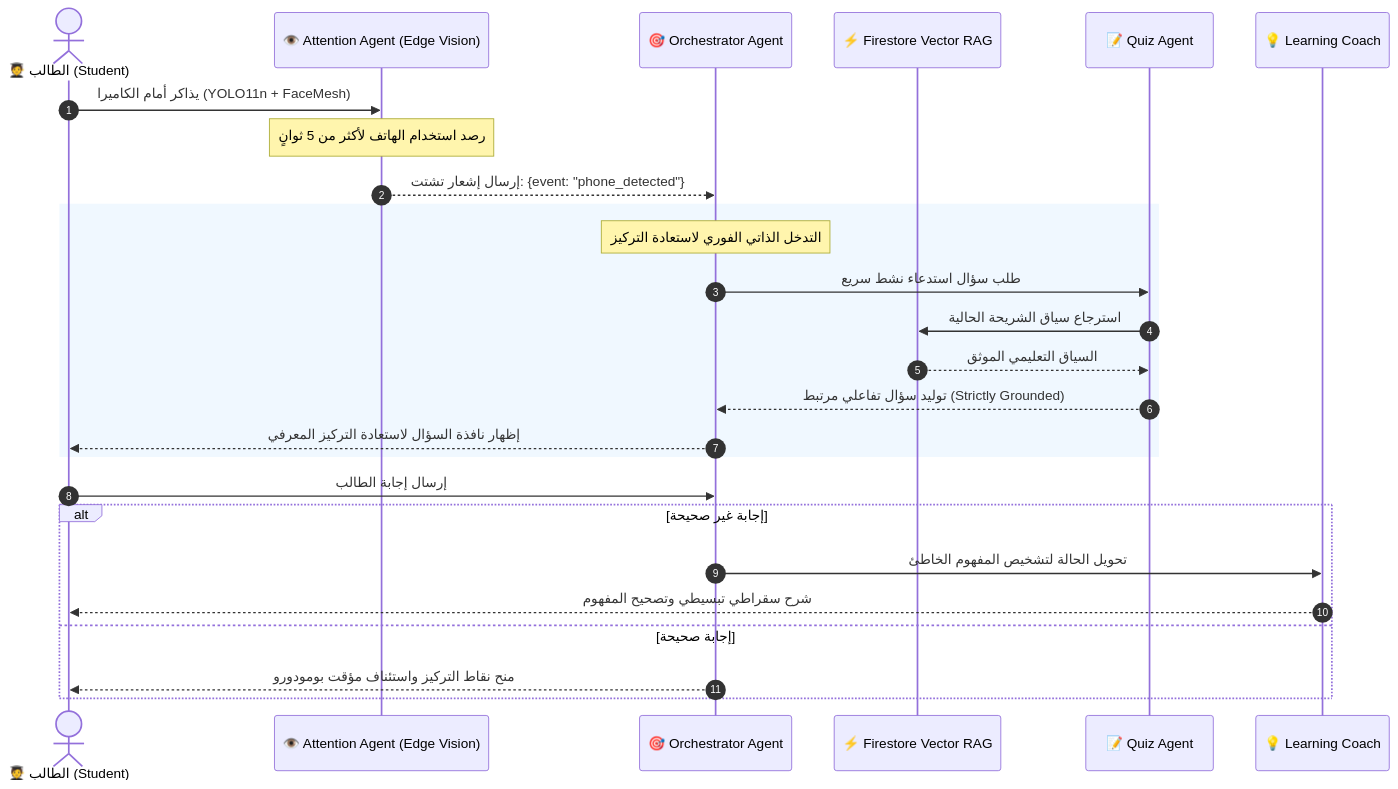
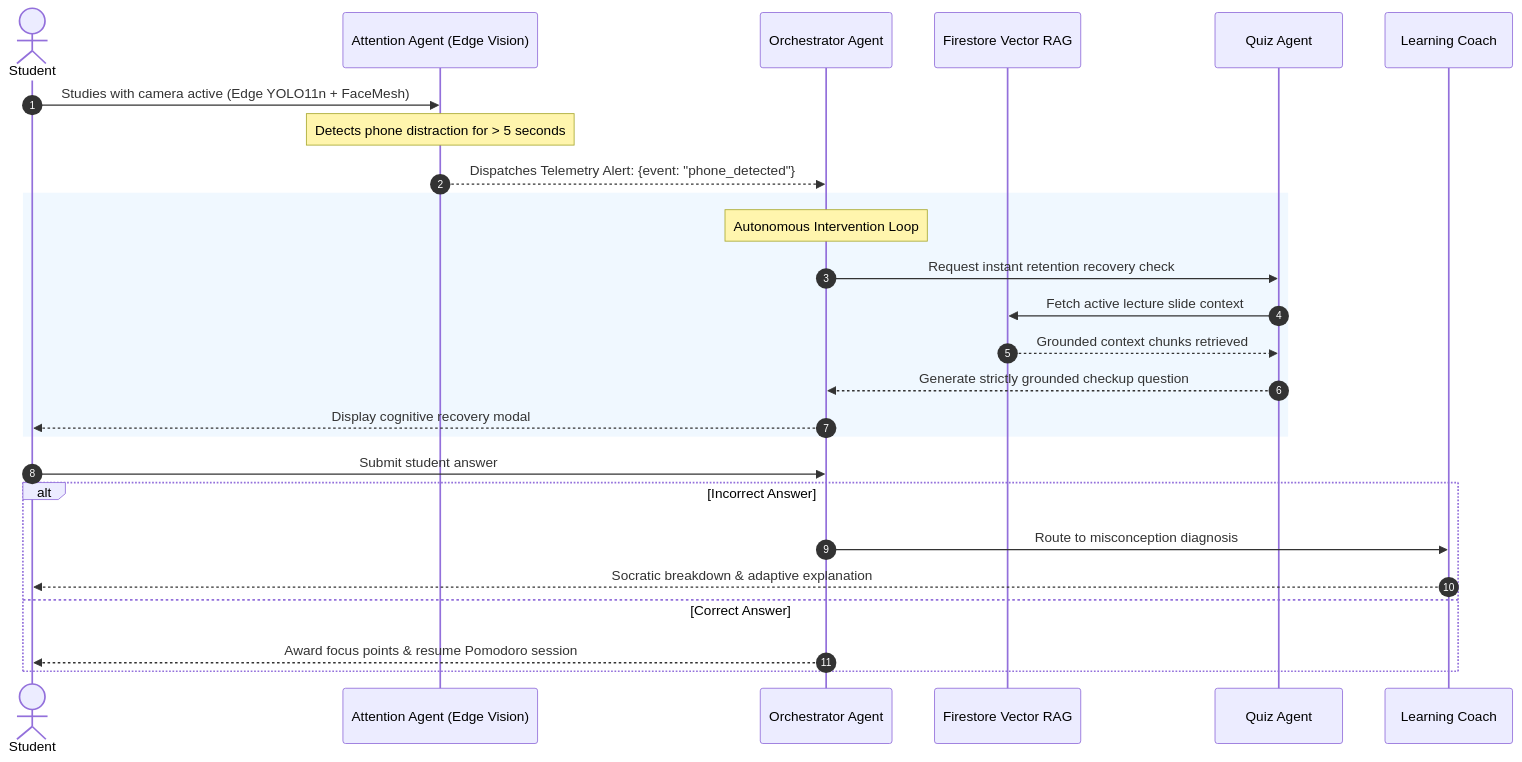
Before and after one commit to Attocus/Attocus: the second of 2 diagrams in README.md, drawn with Mermaid. The commit also changed other lines of this file, not shown here.

````diff
--- a/README.md
+++ b/README.md
@@ -91,31 +84,31 @@
 ```mermaid
 sequenceDiagram
     autonumber
-    actor Student as 🧑‍🎓 الطالب (Student)
-    participant Vision as 👁️ Attention Agent (Edge Vision)
-    participant Orch as 🎯 Orchestrator Agent
-    participant RAG as ⚡ Firestore Vector RAG
-    participant Quiz as 📝 Quiz Agent
-    participant Coach as 💡 Learning Coach
+    actor Student as Student
+    participant Vision as Attention Agent (Edge Vision)
+    participant Orch as Orchestrator Agent
+    participant RAG as Firestore Vector RAG
+    participant Quiz as Quiz Agent
+    participant Coach as Learning Coach
 
-    Student->>Vision: يذاكر أمام الكاميرا (YOLO11n + FaceMesh)
-    Note over Vision: رصد استخدام الهاتف لأكثر من 5 ثوانٍ
-    Vision-->>Orch: إرسال إشعار تشتت: {event: "phone_detected"}
+    Student->>Vision: Studies with camera active (Edge YOLO11n + FaceMesh)
+    Note over Vision: Detects phone distraction for > 5 seconds
+    Vision-->>Orch: Dispatches Telemetry Alert: {event: "phone_detected"}
     
     rect rgb(240, 248, 255)
-    Note over Orch: التدخل الذاتي الفوري لاستعادة التركيز
-    Orch->>Quiz: طلب سؤال استدعاء نشط سريع
-    Quiz->>RAG: استرجاع سياق الشريحة الحالية
-    RAG-->>Quiz: السياق التعليمي الموثق
-    Quiz-->>Orch: توليد سؤال تفاعلي مرتبط (Strictly Grounded)
-    Orch-->>Student: إظهار نافذة السؤال لاستعادة التركيز المعرفي
+    Note over Orch: Autonomous Intervention Loop
+    Orch->>Quiz: Request instant retention recovery check
+    Quiz->>RAG: Fetch active lecture slide context
+    RAG-->>Quiz: Grounded context chunks retrieved
+    Quiz-->>Orch: Generate strictly grounded checkup question
+    Orch-->>Student: Display cognitive recovery modal
     end
 
-    Student->>Orch: إرسال إجابة الطالب
-    alt إجابة غير صحيحة
-        Orch->>Coach: تحويل الحالة لتشخيص المفهوم الخاطئ
-        Coach-->>Student: شرح سقراطي تبسيطي وتصحيح المفهوم
-    else إجابة صحيحة
-        Orch-->>Student: منح نقاط التركيز واستئناف مؤقت بومودورو
+    Student->>Orch: Submit student answer
+    alt Incorrect Answer
+        Orch->>Coach: Route to misconception diagnosis
+        Coach-->>Student: Socratic breakdown & adaptive explanation
+    else Correct Answer
+        Orch-->>Student: Award focus points & resume Pomodoro session
     end
 ```
````
